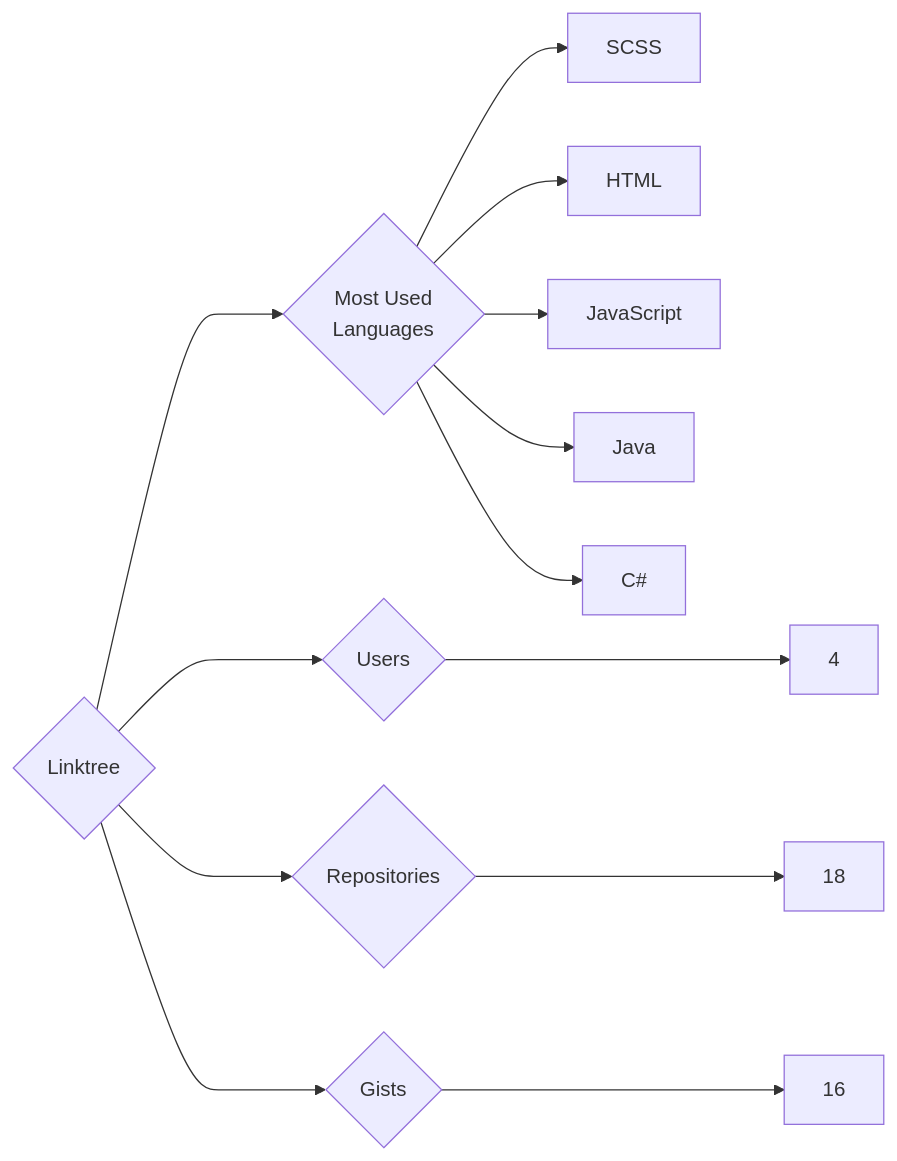
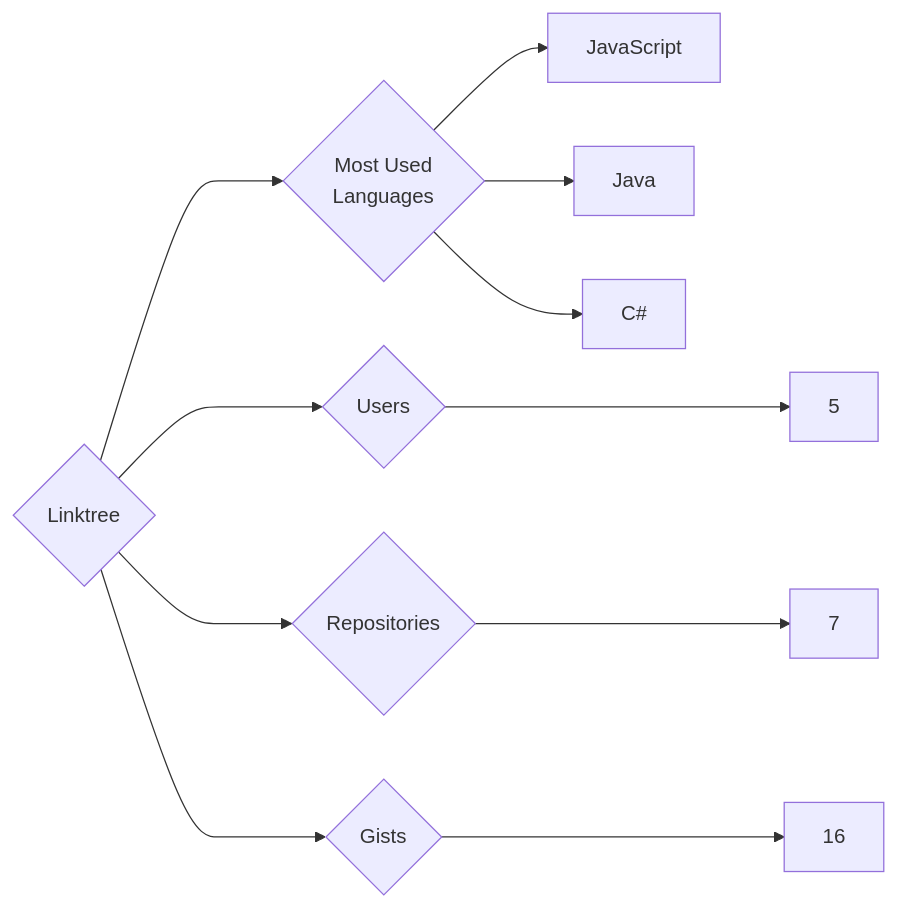
The diagram in targets/Linktree/README.md (trickest/insiders), drawn with Mermaid before and after one commit. The commit also changed 1508 other files, not shown here.

````diff
--- a/targets/Linktree/README.md
+++ b/targets/Linktree/README.md
@@ -3,13 +3,11 @@
 ```mermaid
 graph LR
 COMPANY_NAME{Linktree}
-COMPANY_NAME ---> U{Users} ---> UN[4]
-COMPANY_NAME ---> R{Repositories} ---> RN[18]
+COMPANY_NAME ---> U{Users} ---> UN[5]
+COMPANY_NAME ---> R{Repositories} ---> RN[7]
 COMPANY_NAME ---> G{Gists} ---> GN[16]
 COMPANY_NAME ---> ML{Most Used<br>Languages}
-ML --> SCSS[SCSS]
-ML --> HTML[HTML]
 ML --> JavaScript[JavaScript]
 ML --> Java[Java]
 ML --> C#[C#]
 ```
````
